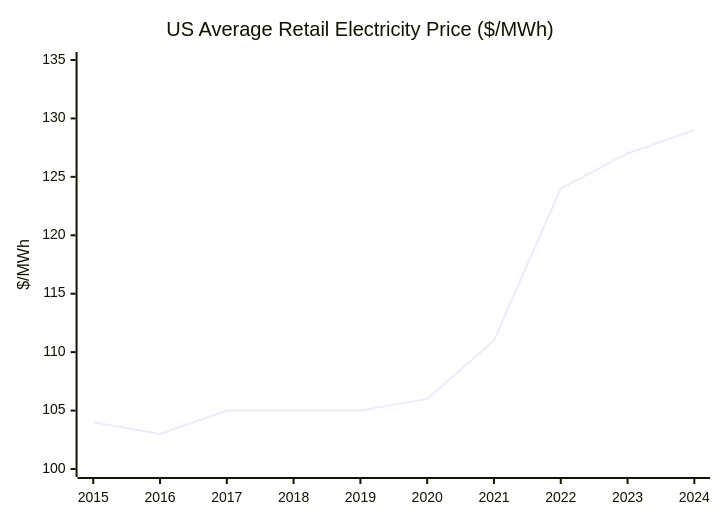
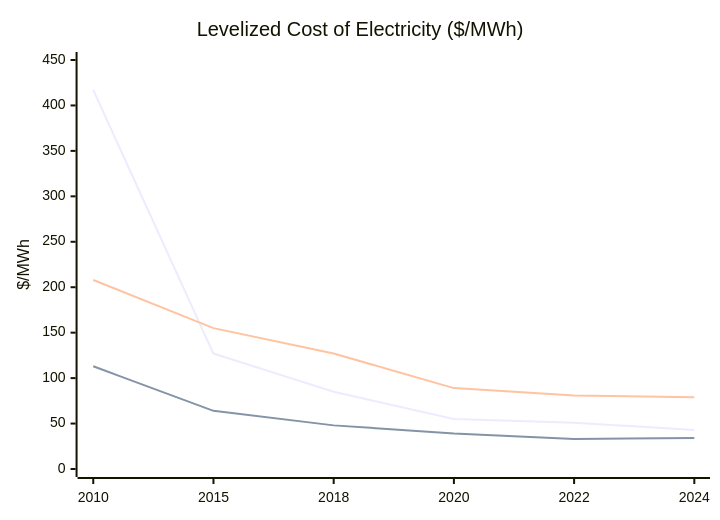
Before and after one commit to pasky/grand-endeavors: the first of 2 diagrams in pilot-2025/fusion.md, drawn with Mermaid. The commit also changed other lines of this file, not shown here.

````diff
--- a/pilot-2025/fusion.md
+++ b/pilot-2025/fusion.md
@@ -36,7 +38,9 @@
 ```mermaid
 xychart-beta
-    title "US Average Retail Electricity Price ($/MWh)"
-    x-axis [2015, 2016, 2017, 2018, 2019, 2020, 2021, 2022, 2023, 2024]
-    y-axis "$/MWh" 100 --> 135
-    line [104, 103, 105, 105, 105, 106, 111, 124, 127, 129]
+    title "Levelized Cost of Electricity ($/MWh)"
+    x-axis [2010, 2015, 2018, 2020, 2022, 2024]
+    y-axis "$/MWh" 0 --> 450
+    line "Solar PV" [417, 127, 85, 55, 51, 43]
+    line "Onshore Wind" [113, 64, 48, 39, 33, 34]
+    line "Offshore Wind" [208, 155, 127, 89, 81, 79]
 ```
````
